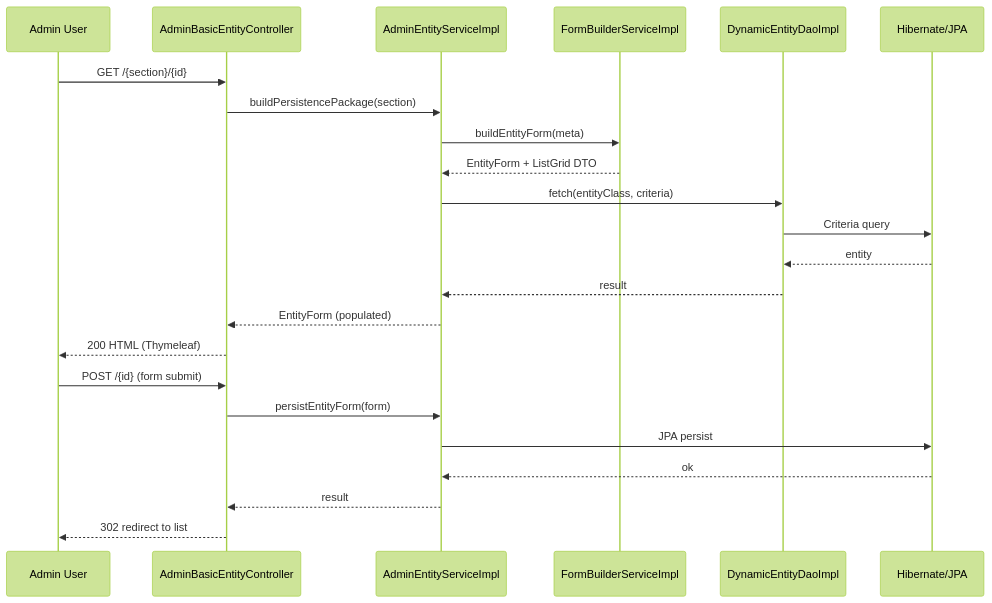
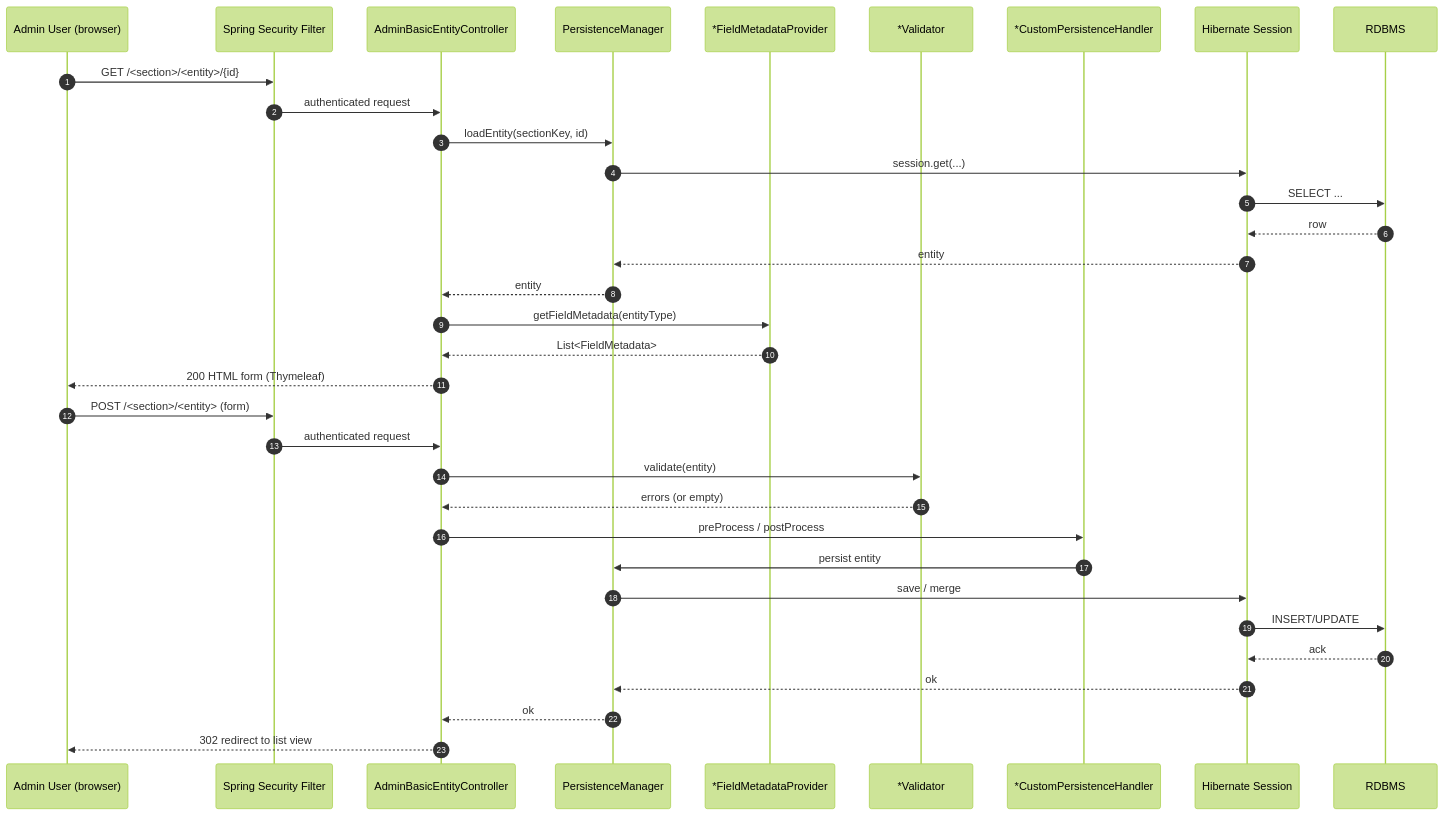
The third of 10 diagrams in app-dev-discovery-2026-06-10/2026-06-10-BroadleafCommerce-app-dev-discovery.md (johrenberger/BroadleafCommerce), drawn with Mermaid (forest theme) before and after one commit. The commit also changed other lines of this file and 2 other files, not shown here.

First line of the commit message:
docs(architecture): refresh BroadleafCommerce analysis (post-dedup)

````diff
--- a/app-dev-discovery-2026-06-10/2026-06-10-BroadleafCommerce-app-dev-discovery.md
+++ b/app-dev-discovery-2026-06-10/2026-06-10-BroadleafCommerce-app-dev-discovery.md
@@ -211,26 +476,38 @@
 ```mermaid
 sequenceDiagram
-    participant U as Admin User
-    participant Ctl as AdminBasicEntityController
-    participant Svc as AdminEntityServiceImpl
-    participant FB as FormBuilderServiceImpl
-    participant Dao as DynamicEntityDaoImpl
-    participant H as Hibernate/JPA
+  autonumber
+  participant U as Admin User (browser)
+  participant SB as Spring Security Filter
+  participant ABC as AdminBasicEntityController
+  participant PM as PersistenceManager
+  participant MD as *FieldMetadataProvider
+  participant V as *Validator
+  participant CPH as *CustomPersistenceHandler
+  participant JPA as Hibernate Session
+  participant DB as RDBMS
 
-    U->>Ctl: GET /{section}/{id}
-    Ctl->>Svc: buildPersistencePackage(section)
-    Svc->>FB: buildEntityForm(meta)
-    FB-->>Svc: EntityForm + ListGrid DTO
-    Svc->>Dao: fetch(entityClass, criteria)
-    Dao->>H: Criteria query
-    H-->>Dao: entity
-    Dao-->>Svc: result
-    Svc-->>Ctl: EntityForm (populated)
-    Ctl-->>U: 200 HTML (Thymeleaf)
-    U->>Ctl: POST /{id} (form submit)
-    Ctl->>Svc: persistEntityForm(form)
-    Svc->>H: JPA persist
-    H-->>Svc: ok
-    Svc-->>Ctl: result
-    Ctl-->>U: 302 redirect to list
+  U->>SB: GET /<section>/<entity>/{id}
+  SB->>ABC: authenticated request
+  ABC->>PM: loadEntity(sectionKey, id)
+  PM->>JPA: session.get(...)
+  JPA->>DB: SELECT ...
+  DB-->>JPA: row
+  JPA-->>PM: entity
+  PM-->>ABC: entity
+  ABC->>MD: getFieldMetadata(entityType)
+  MD-->>ABC: List<FieldMetadata>
+  ABC-->>U: 200 HTML form (Thymeleaf)
+
+  U->>SB: POST /<section>/<entity> (form)
+  SB->>ABC: authenticated request
+  ABC->>V: validate(entity)
+  V-->>ABC: errors (or empty)
+  ABC->>CPH: preProcess / postProcess
+  CPH->>PM: persist entity
+  PM->>JPA: save / merge
+  JPA->>DB: INSERT/UPDATE
+  DB-->>JPA: ack
+  JPA-->>PM: ok
+  PM-->>ABC: ok
+  ABC-->>U: 302 redirect to list view
 ```
````
